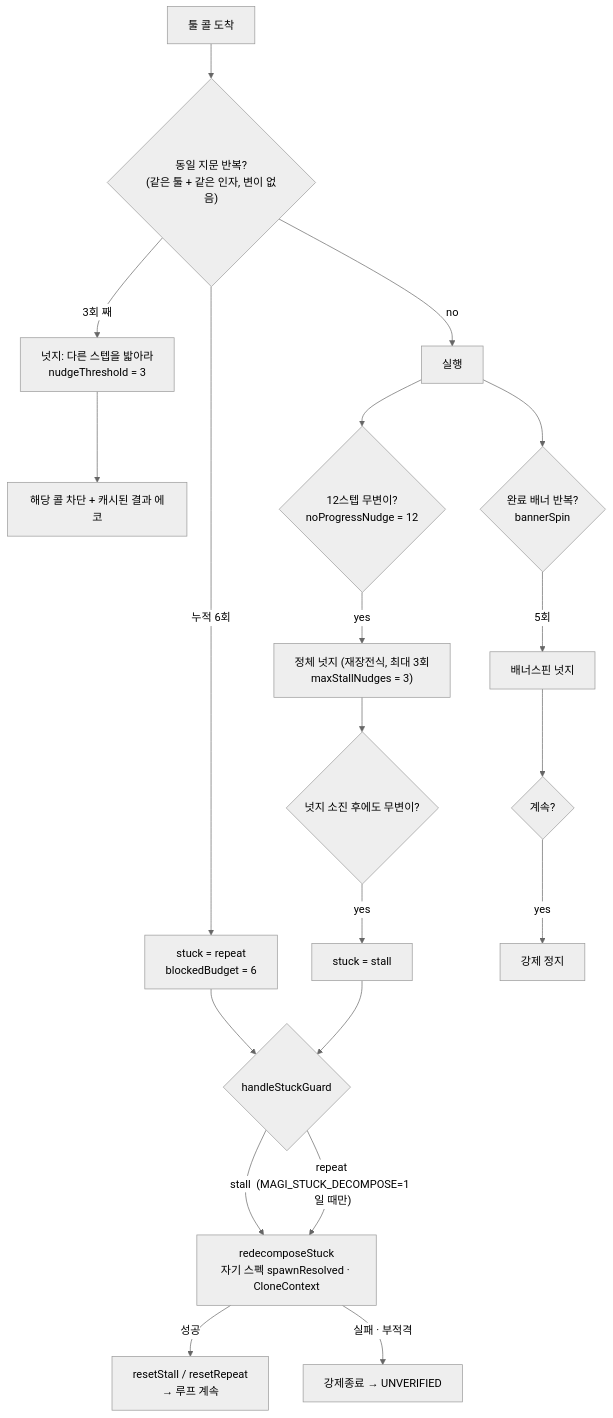
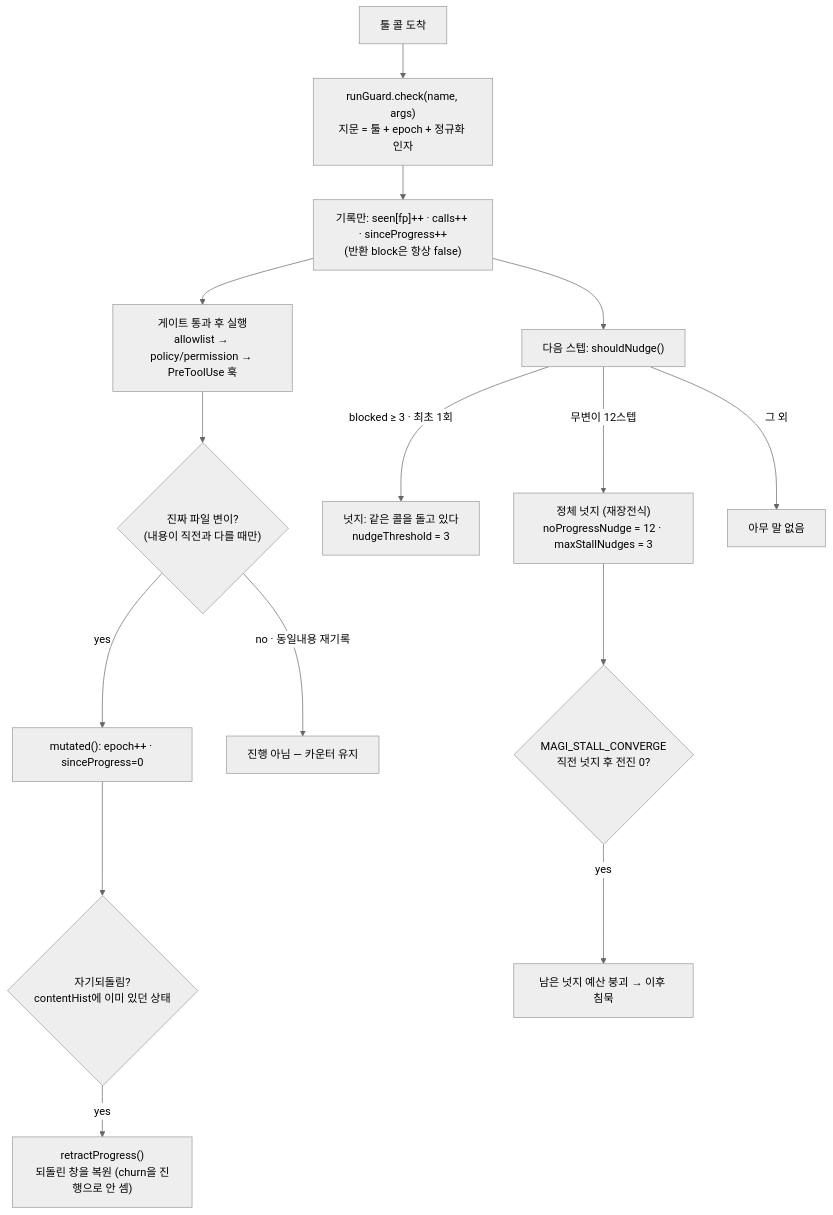
The third of 10 diagrams in docs/DIAGRAMS.md (sayaya1090/magi), drawn with Mermaid before and after one commit. The commit also changed other lines of this file and 1 other file, not shown here.

````diff
--- a/docs/DIAGRAMS.md
+++ b/docs/DIAGRAMS.md
@@ -98,24 +123,19 @@
 ```mermaid
 %%{init: {'theme':'neutral','flowchart':{'curve':'basis'}}}%%
 flowchart TD
-  C["툴 콜 도착"] --> FP{"동일 지문 반복?<br/>(같은 툴 + 같은 인자, 변이 없음)"}
-  FP -- "no" --> RUN["실행"]
-  FP -- "3회 째" --> N1["넛지: 다른 스텝을 밟아라<br/>nudgeThreshold = 3"]
-  N1 --> BLK["해당 콜 차단 + 캐시된 결과 에코"]
-  FP -- "누적 6회" --> ST1["stuck = repeat<br/>blockedBudget = 6"]
+  C["툴 콜 도착"] --> CH["runGuard.check(name, args)<br/>지문 = 툴 + epoch + 정규화 인자"]
+  CH --> REC["기록만: seen[fp]++ · calls++ · sinceProgress++<br/>(반환 block은 항상 false)"]
+  REC --> RUN["게이트 통과 후 실행<br/>allowlist → policy/permission → PreToolUse 훅"]
+  RUN --> MU{"진짜 파일 변이?<br/>(내용이 직전과 다를 때만)"}
+  MU -- "yes" --> RST["mutated(): epoch++ · sinceProgress=0"]
+  MU -- "no · 동일내용 재기록" --> NOP["진행 아님 — 카운터 유지"]
+  RST --> SR{"자기되돌림?<br/>contentHist에 이미 있던 상태"}
+  SR -- "yes" --> RETR["retractProgress()<br/>되돌린 창을 복원 (churn을 진행으로 안 셈)"]
 
-  RUN --> NP{"12스텝 무변이?<br/>noProgressNudge = 12"}
-  NP -- "yes" --> N2["정체 넛지 (재장전식, 최대 3회<br/>maxStallNudges = 3)"]
-  N2 --> NP2{"넛지 소진 후에도 무변이?"}
-  NP2 -- "yes" --> ST2["stuck = stall"]
-
-  RUN --> BS{"완료 배너 반복?<br/>bannerSpin"}
-  BS -- "5회" --> N3["배너스핀 넛지"] --> BS2{"계속?"} -- "yes" --> ST3["강제 정지"]
-
-  ST1 --> HG{"handleStuckGuard"}
-  ST2 --> HG
-  HG -- "stall" --> RD["redecomposeStuck<br/>자기 스펙 spawnResolved · CloneContext"]
-  HG -- "repeat (MAGI_STUCK_DECOMPOSE=1일 때만)" --> RD
-  RD -- "성공" --> RS["resetStall / resetRepeat<br/>→ 루프 계속"]
-  RD -- "실패 · 부적격" --> FS["강제종료 → UNVERIFIED"]
+  REC --> SN["다음 스텝: shouldNudge()"]
+  SN -- "blocked ≥ 3 · 최초 1회" --> NB["넛지: 같은 콜을 돌고 있다<br/>nudgeThreshold = 3"]
+  SN -- "무변이 12스텝" --> NS["정체 넛지 (재장전식)<br/>noProgressNudge = 12 · maxStallNudges = 3"]
+  NS --> CV{"MAGI_STALL_CONVERGE<br/>직전 넛지 후 전진 0?"}
+  CV -- "yes" --> COL["남은 넛지 예산 붕괴 → 이후 침묵"]
+  SN -- "그 외" --> Q["아무 말 없음"]
 ```
````
